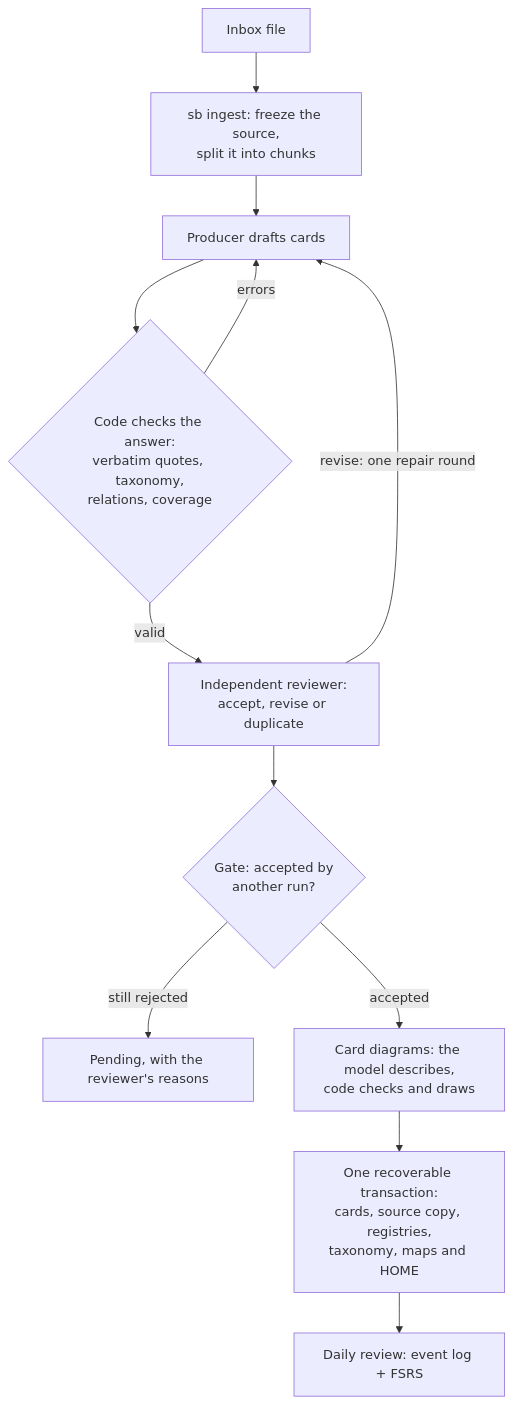
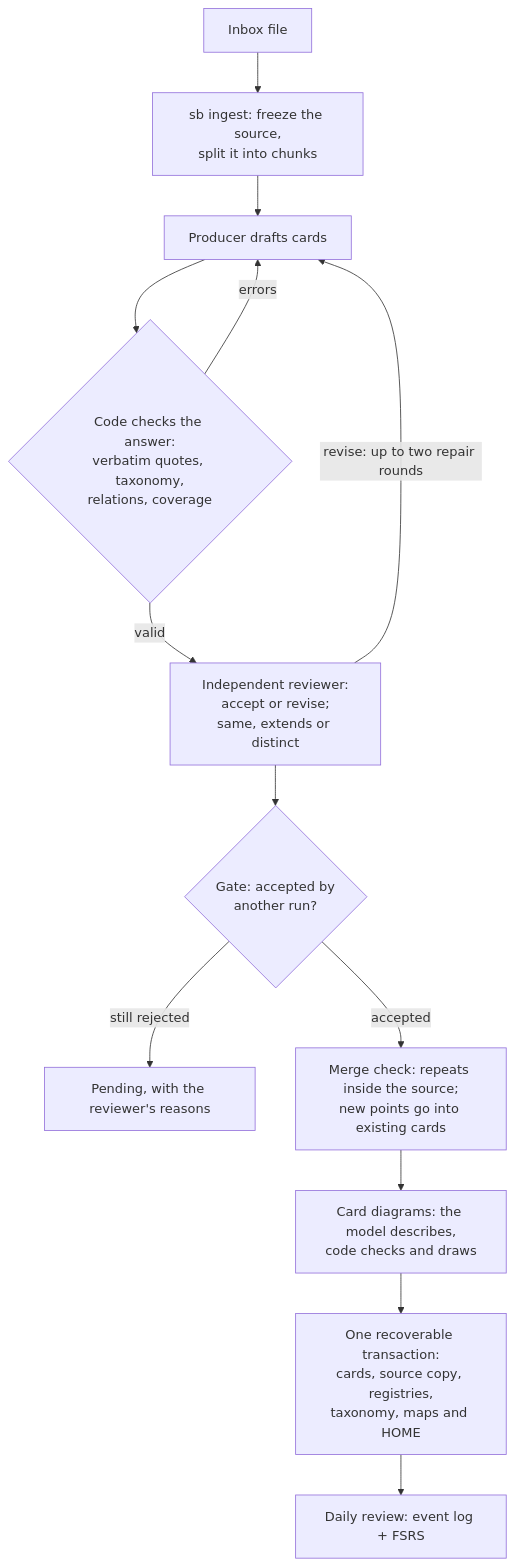
The diagram in README.md (zlxdengtianhei/Second-Brain), drawn with Mermaid before and after one commit. The commit also changed other lines of this file and 12 other files, not shown here.

````diff
--- a/README.md
+++ b/README.md
@@ -74,14 +75,15 @@
 ```mermaid
 flowchart TD
     inbox["Inbox file"] --> freeze["sb ingest: freeze the source,<br/>split it into chunks"]
     freeze --> produce["Producer drafts cards"]
     produce --> check{"Code checks the answer:<br/>verbatim quotes, taxonomy,<br/>relations, coverage"}
     check -- "errors" --> produce
-    check -- "valid" --> review["Independent reviewer:<br/>accept, revise or duplicate"]
-    review -- "revise: one repair round" --> produce
+    check -- "valid" --> review["Independent reviewer:<br/>accept or revise;<br/>same, extends or distinct"]
+    review -- "revise: up to two repair rounds" --> produce
     review --> gate{"Gate: accepted by<br/>another run?"}
     gate -- "still rejected" --> pending["Pending, with the reviewer's reasons"]
-    gate -- "accepted" --> diagram["Card diagrams: the model describes,<br/>code checks and draws"]
+    gate -- "accepted" --> merge["Merge check: repeats inside the source;<br/>new points go into existing cards"]
+    merge --> diagram["Card diagrams: the model describes,<br/>code checks and draws"]
     diagram --> write["One recoverable transaction:<br/>cards, source copy, registries,<br/>taxonomy, maps and HOME"]
     write --> daily["Daily review: event log + FSRS"]
 ```
````
